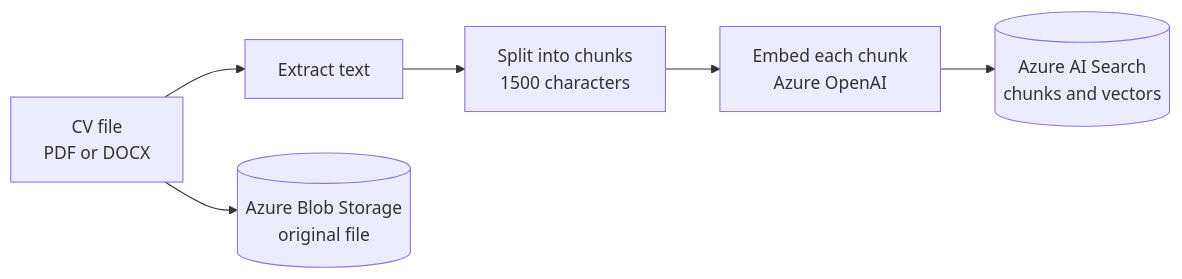
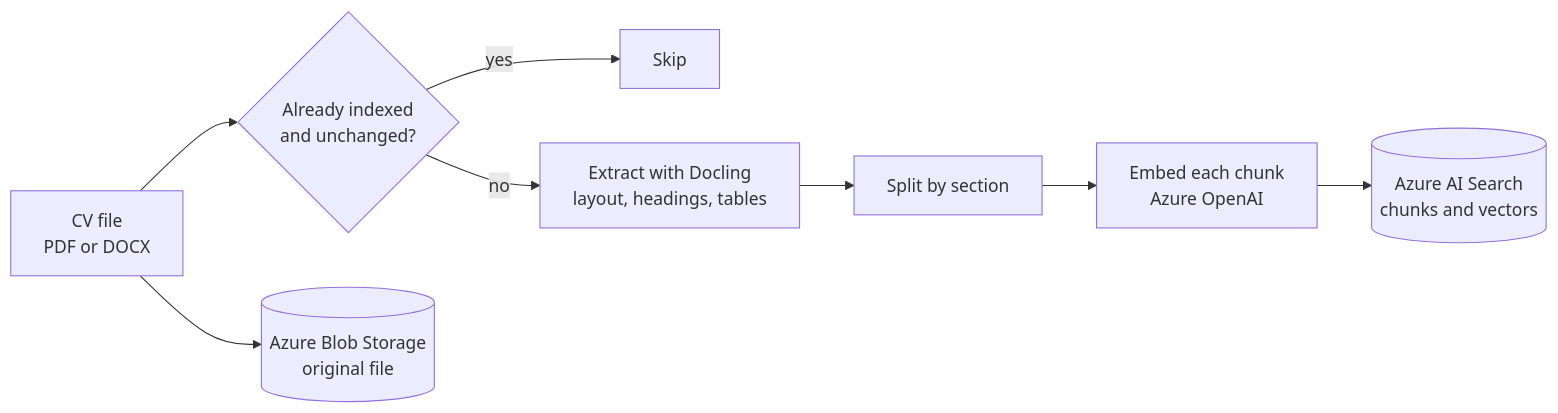
The first of 3 diagrams in README.md (sherif2004/chat-with-cv), drawn with Mermaid before and after one commit. The commit also changed other lines of this file, not shown here.

````diff
--- a/README.md
+++ b/README.md
@@ -57,8 +57,10 @@
 ```mermaid
 flowchart LR
-    A["CV file<br/>PDF or DOCX"] --> B["Extract text"]
-    B --> C["Split into chunks<br/>1500 characters"]
+    A["CV file<br/>PDF or DOCX"] --> H{"Already indexed<br/>and unchanged?"}
+    H -- yes --> Z["Skip"]
+    H -- no --> B["Extract with Docling<br/>layout, headings, tables"]
+    B --> C["Split by section"]
     C --> D["Embed each chunk<br/>Azure OpenAI"]
     D --> E[("Azure AI Search<br/>chunks and vectors")]
     A --> F[("Azure Blob Storage<br/>original file")]
 ```
````
